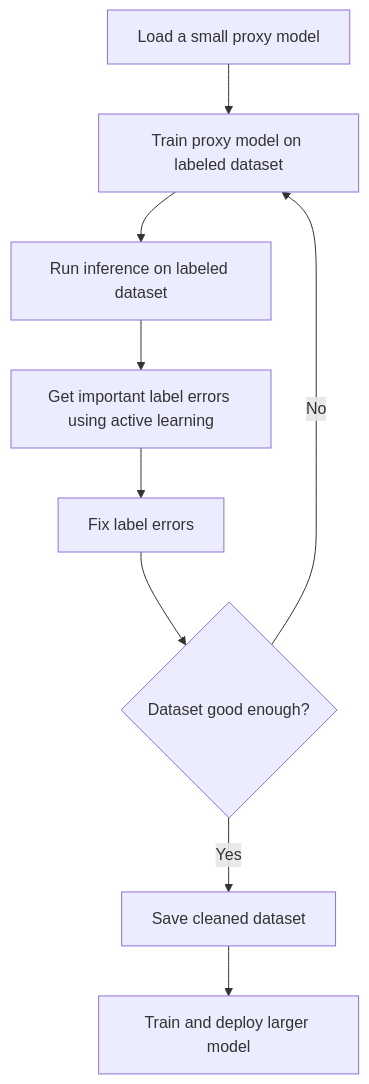
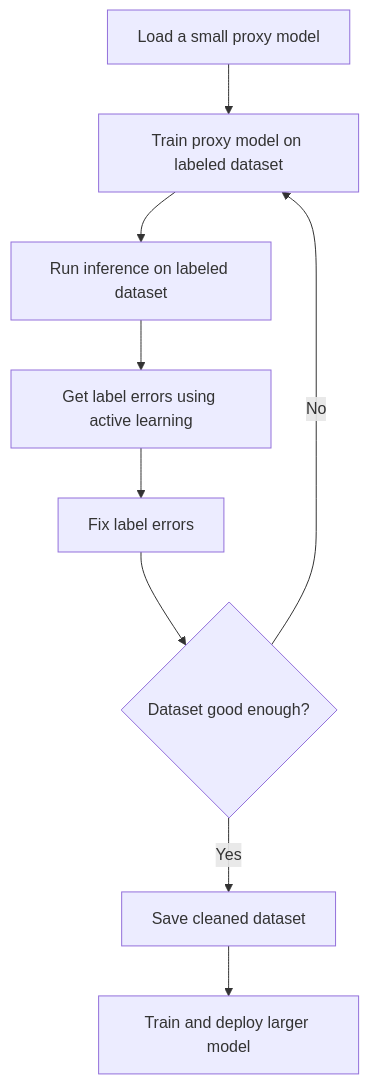
The second of 2 diagrams in README.md (dnth/active-learning-flywheel), drawn with Mermaid before and after one commit. The commit also changed other lines of this file, not shown here.

````diff
--- a/README.md
+++ b/README.md
@@ -228,11 +228,11 @@
 ```mermaid
 graph TD
     A[Load a small proxy model] --> B[Train proxy model on labeled dataset]
     B --> C[Run inference on labeled dataset]
-    C --> D[Get important label errors using active learning]
+    C --> D[Get label errors using active learning]
     D --> E[Fix label errors]
     E --> F{Dataset good enough?}
     F -->|No| B
     F -->|Yes| G[Save cleaned dataset]
     G --> H[Train and deploy larger model]
 ```
````
